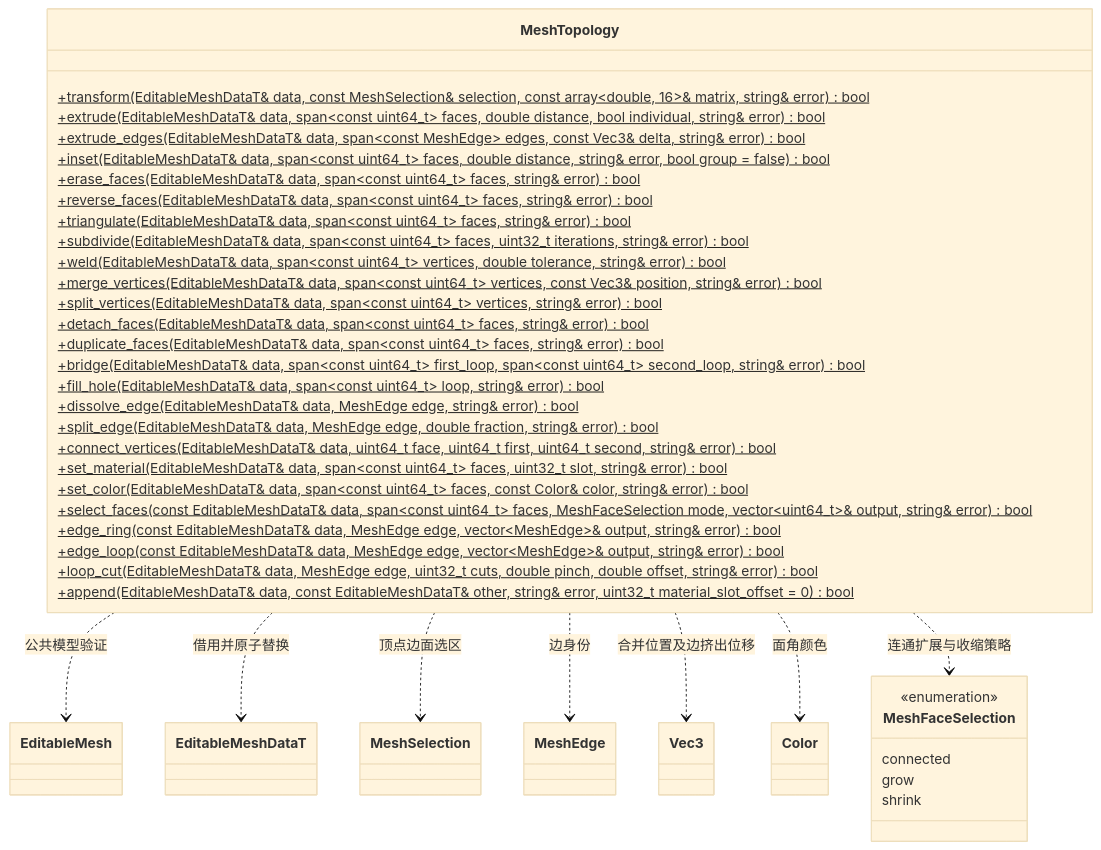
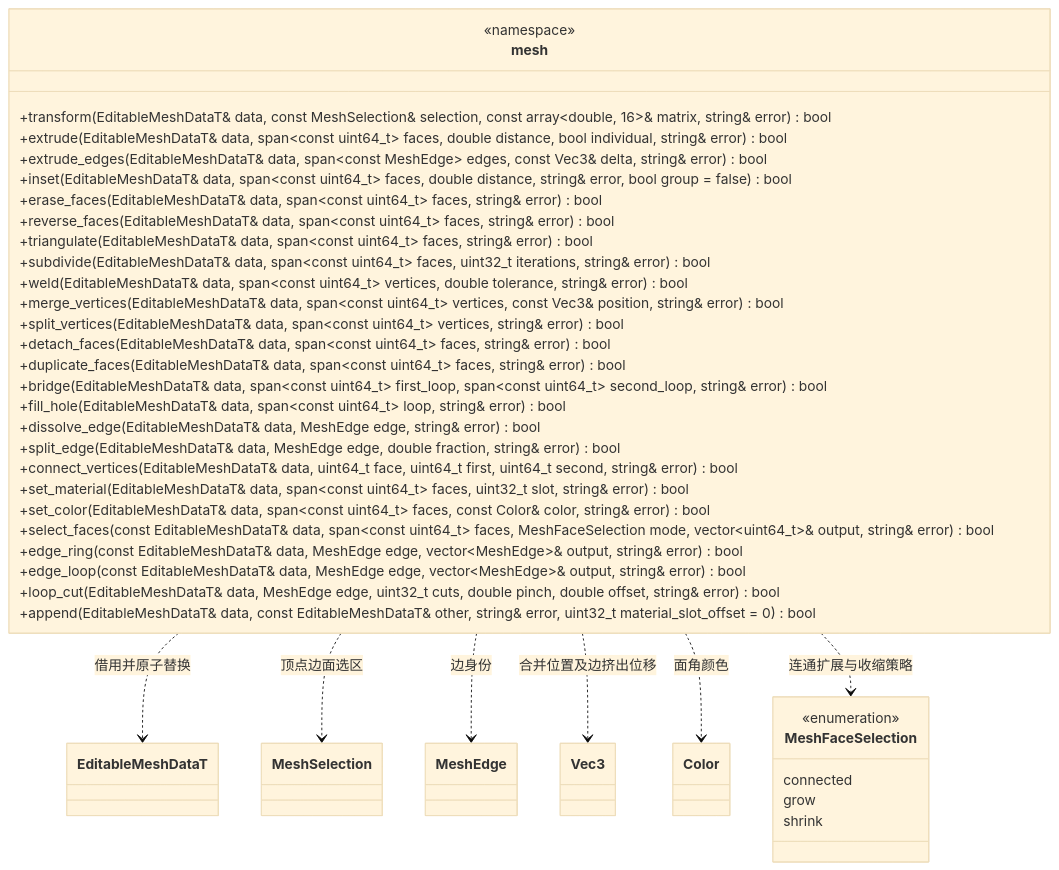
One commit to lcals/Engine changed the diagram in docs/plugins/editor/class-diagrams/mesh-topology.md. Above: the diagram before and after it, drawn with Mermaid (base theme). The commit also changed other lines of this file and 133 other files, not shown here.

Commit message:
Simplify engine implementations under reviewed class diagrams

````diff
--- a/docs/plugins/editor/class-diagrams/mesh-topology.md
+++ b/docs/plugins/editor/class-diagrams/mesh-topology.md
@@ -5,49 +7,48 @@
 ```mermaid
 classDiagram
-    class MeshTopology {
-        +transform(EditableMeshDataT& data, const MeshSelection& selection, const array~double, 16~& matrix, string& error) bool$
-        +extrude(EditableMeshDataT& data, span~const uint64_t~ faces, double distance, bool individual, string& error) bool$
-        +extrude_edges(EditableMeshDataT& data, span~const MeshEdge~ edges, const Vec3& delta, string& error) bool$
-        +inset(EditableMeshDataT& data, span~const uint64_t~ faces, double distance, string& error, bool group = false) bool$
-        +erase_faces(EditableMeshDataT& data, span~const uint64_t~ faces, string& error) bool$
-        +reverse_faces(EditableMeshDataT& data, span~const uint64_t~ faces, string& error) bool$
-        +triangulate(EditableMeshDataT& data, span~const uint64_t~ faces, string& error) bool$
-        +subdivide(EditableMeshDataT& data, span~const uint64_t~ faces, uint32_t iterations, string& error) bool$
-        +weld(EditableMeshDataT& data, span~const uint64_t~ vertices, double tolerance, string& error) bool$
-        +merge_vertices(EditableMeshDataT& data, span~const uint64_t~ vertices, const Vec3& position, string& error) bool$
-        +split_vertices(EditableMeshDataT& data, span~const uint64_t~ vertices, string& error) bool$
-        +detach_faces(EditableMeshDataT& data, span~const uint64_t~ faces, string& error) bool$
-        +duplicate_faces(EditableMeshDataT& data, span~const uint64_t~ faces, string& error) bool$
-        +bridge(EditableMeshDataT& data, span~const uint64_t~ first_loop, span~const uint64_t~ second_loop, string& error) bool$
-        +fill_hole(EditableMeshDataT& data, span~const uint64_t~ loop, string& error) bool$
-        +dissolve_edge(EditableMeshDataT& data, MeshEdge edge, string& error) bool$
-        +split_edge(EditableMeshDataT& data, MeshEdge edge, double fraction, string& error) bool$
-        +connect_vertices(EditableMeshDataT& data, uint64_t face, uint64_t first, uint64_t second, string& error) bool$
-        +set_material(EditableMeshDataT& data, span~const uint64_t~ faces, uint32_t slot, string& error) bool$
-        +set_color(EditableMeshDataT& data, span~const uint64_t~ faces, const Color& color, string& error) bool$
-        +select_faces(const EditableMeshDataT& data, span~const uint64_t~ faces, MeshFaceSelection mode, vector~uint64_t~& output, string& error) bool$
-        +edge_ring(const EditableMeshDataT& data, MeshEdge edge, vector~MeshEdge~& output, string& error) bool$
-        +edge_loop(const EditableMeshDataT& data, MeshEdge edge, vector~MeshEdge~& output, string& error) bool$
-        +loop_cut(EditableMeshDataT& data, MeshEdge edge, uint32_t cuts, double pinch, double offset, string& error) bool$
-        +append(EditableMeshDataT& data, const EditableMeshDataT& other, string& error, uint32_t material_slot_offset = 0) bool$
+    class mesh {
+        <<namespace>>
+        +transform(EditableMeshDataT& data, const MeshSelection& selection, const array~double, 16~& matrix, string& error) bool
+        +extrude(EditableMeshDataT& data, span~const uint64_t~ faces, double distance, bool individual, string& error) bool
+        +extrude_edges(EditableMeshDataT& data, span~const MeshEdge~ edges, const Vec3& delta, string& error) bool
+        +inset(EditableMeshDataT& data, span~const uint64_t~ faces, double distance, string& error, bool group = false) bool
+        +erase_faces(EditableMeshDataT& data, span~const uint64_t~ faces, string& error) bool
+        +reverse_faces(EditableMeshDataT& data, span~const uint64_t~ faces, string& error) bool
+        +triangulate(EditableMeshDataT& data, span~const uint64_t~ faces, string& error) bool
+        +subdivide(EditableMeshDataT& data, span~const uint64_t~ faces, uint32_t iterations, string& error) bool
+        +weld(EditableMeshDataT& data, span~const uint64_t~ vertices, double tolerance, string& error) bool
+        +merge_vertices(EditableMeshDataT& data, span~const uint64_t~ vertices, const Vec3& position, string& error) bool
+        +split_vertices(EditableMeshDataT& data, span~const uint64_t~ vertices, string& error) bool
+        +detach_faces(EditableMeshDataT& data, span~const uint64_t~ faces, string& error) bool
+        +duplicate_faces(EditableMeshDataT& data, span~const uint64_t~ faces, string& error) bool
+        +bridge(EditableMeshDataT& data, span~const uint64_t~ first_loop, span~const uint64_t~ second_loop, string& error) bool
+        +fill_hole(EditableMeshDataT& data, span~const uint64_t~ loop, string& error) bool
+        +dissolve_edge(EditableMeshDataT& data, MeshEdge edge, string& error) bool
+        +split_edge(EditableMeshDataT& data, MeshEdge edge, double fraction, string& error) bool
+        +connect_vertices(EditableMeshDataT& data, uint64_t face, uint64_t first, uint64_t second, string& error) bool
+        +set_material(EditableMeshDataT& data, span~const uint64_t~ faces, uint32_t slot, string& error) bool
+        +set_color(EditableMeshDataT& data, span~const uint64_t~ faces, const Color& color, string& error) bool
+        +select_faces(const EditableMeshDataT& data, span~const uint64_t~ faces, MeshFaceSelection mode, vector~uint64_t~& output, string& error) bool
+        +edge_ring(const EditableMeshDataT& data, MeshEdge edge, vector~MeshEdge~& output, string& error) bool
+        +edge_loop(const EditableMeshDataT& data, MeshEdge edge, vector~MeshEdge~& output, string& error) bool
+        +loop_cut(EditableMeshDataT& data, MeshEdge edge, uint32_t cuts, double pinch, double offset, string& error) bool
+        +append(EditableMeshDataT& data, const EditableMeshDataT& other, string& error, uint32_t material_slot_offset = 0) bool
     }
-    class EditableMesh
     class EditableMeshDataT
     class MeshSelection
     class MeshEdge
     class Vec3
     class Color
     class MeshFaceSelection {
         <<enumeration>>
         connected
         grow
         shrink
     }
-    MeshTopology ..> EditableMesh : 公共模型验证
-    MeshTopology ..> EditableMeshDataT : 借用并原子替换
-    MeshTopology ..> MeshSelection : 顶点边面选区
-    MeshTopology ..> MeshEdge : 边身份
-    MeshTopology ..> Vec3 : 合并位置及边挤出位移
-    MeshTopology ..> Color : 面角颜色
-    MeshTopology ..> MeshFaceSelection : 连通扩展与收缩策略
+    mesh ..> EditableMeshDataT : 借用并原子替换
+    mesh ..> MeshSelection : 顶点边面选区
+    mesh ..> MeshEdge : 边身份
+    mesh ..> Vec3 : 合并位置及边挤出位移
+    mesh ..> Color : 面角颜色
+    mesh ..> MeshFaceSelection : 连通扩展与收缩策略
 ```
````
